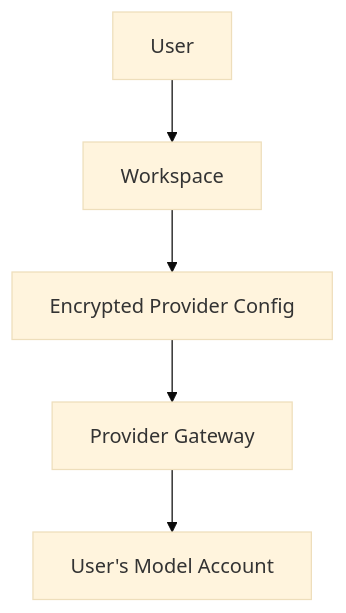
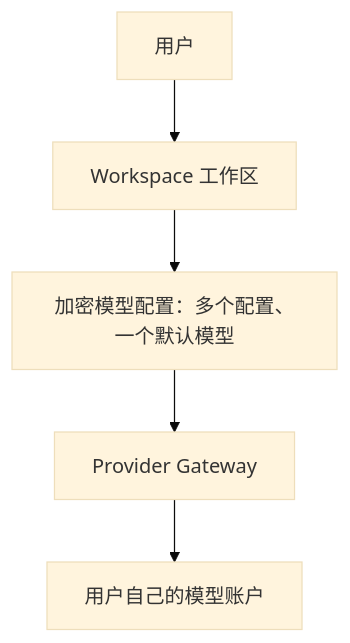
One commit to jayoffans/AutoQA-Agent changed the second of 2 diagrams in README.md. Above: the diagram before and after it, drawn with Mermaid (base theme). The commit also changed other lines of this file and 29 other files, not shown here.

````diff
--- a/README.md
+++ b/README.md
@@ -71,7 +71,7 @@
 ```mermaid
 flowchart TD
-    User[User] --> Workspace[Workspace]
-    Workspace --> Config[Encrypted Provider Config]
+    User[用户] --> Workspace[Workspace 工作区]
+    Workspace --> Config[加密模型配置：多个配置、一个默认模型]
     Config --> Gateway[Provider Gateway]
-    Gateway --> Model[User's Model Account]
+    Gateway --> Model[用户自己的模型账户]
 ```
````
